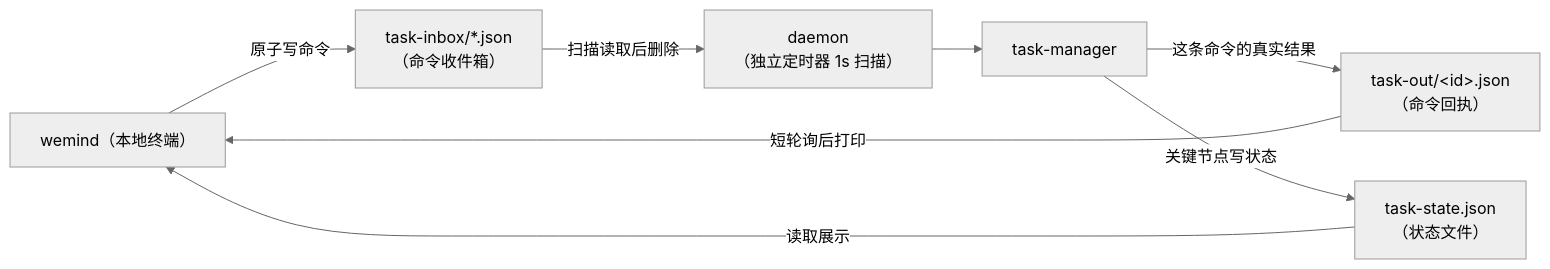
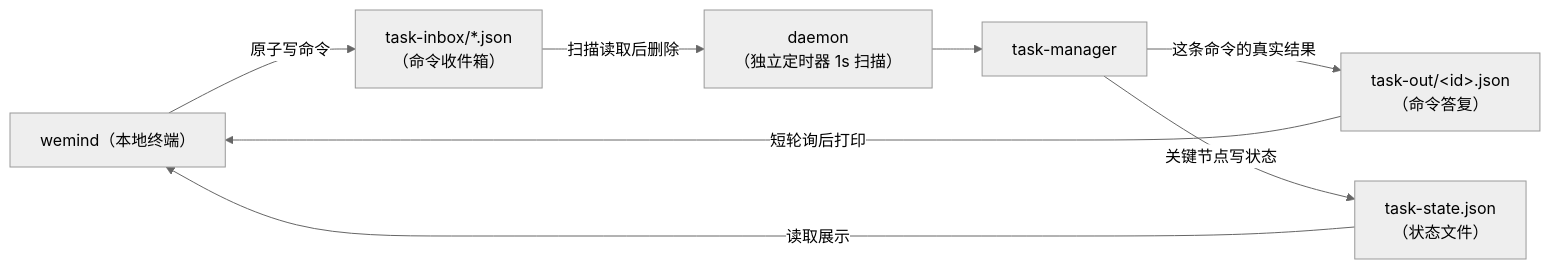
The third of 4 diagrams in docs/repowiki/07-远程任务-Worker.md (imwangpan/WeMind), drawn with Mermaid (neutral theme) before and after one commit. The commit also changed other lines of this file and 73 other files, not shown here.

````diff
--- a/docs/repowiki/07-远程任务-Worker.md
+++ b/docs/repowiki/07-远程任务-Worker.md
@@ -198,17 +198,17 @@
 ```mermaid
 graph LR
     CLI["wemind（本地终端）"]
     INBOX["task-inbox/*.json<br/>（命令收件箱）"]
-    OUTBOX["task-out/&lt;id&gt;.json<br/>（命令回执）"]
+    OUTBOX["task-out/&lt;id&gt;.json<br/>（命令答复）"]
     STATE["task-state.json<br/>（状态文件）"]
     DM["daemon<br/>（独立定时器 1s 扫描）"]
     TM["task-manager"]
 
     CLI -->|原子写命令| INBOX
     INBOX -->|扫描读取后删除| DM
     DM --> TM
     TM -->|这条命令的真实结果| OUTBOX
     OUTBOX -->|短轮询后打印| CLI
     TM -->|关键节点写状态| STATE
     STATE -->|读取展示| CLI
 ```
````
